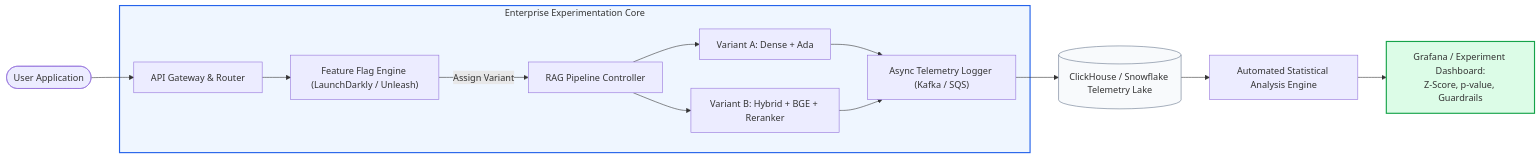
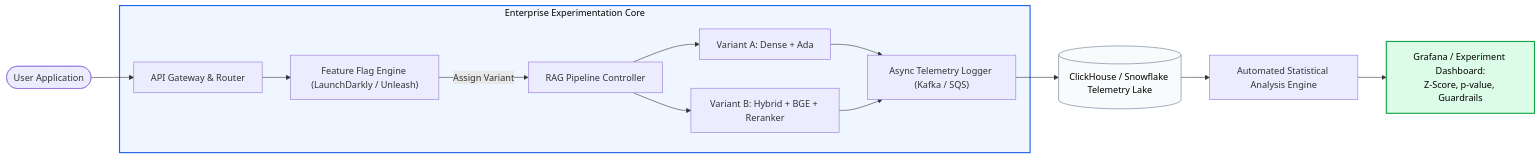
One commit to swapnil3104/RAG-Engineering changed the third of 4 diagrams in 08-RAG-Evaluation-and-Optimization/A-B-Testing.md. Above: the diagram before and after it, drawn with Mermaid. The commit also changed other lines of this file and 108 other files, not shown here.

Commit message:
fix: make chart text visible across all Mermaid diagrams and resolve markdown table formatting issues

````diff
--- a/08-RAG-Evaluation-and-Optimization/A-B-Testing.md
+++ b/08-RAG-Evaluation-and-Optimization/A-B-Testing.md
@@ -166,23 +166,23 @@
 ```mermaid
 flowchart LR
     Client([User Application]) --> Gateway[API Gateway & Router]
 
     subgraph ExperimentationPlatform ["Enterprise Experimentation Core"]
         Gateway --> FlagService["Feature Flag Engine (LaunchDarkly / Unleash)"]
         FlagService -->|Assign Variant| Engine["RAG Pipeline Controller"]
         
         Engine --> PipelineA["Variant A: Dense + Ada"]
         Engine --> PipelineB["Variant B: Hybrid + BGE + Reranker"]
         
         PipelineA --> Logger["Async Telemetry Logger (Kafka / SQS)"]
         PipelineB --> Logger
     end
 
     Logger --> DataLake[("ClickHouse / Snowflake Telemetry Lake")]
     DataLake --> StatWorker["Automated Statistical Analysis Engine"]
     StatWorker --> Dashboard["Grafana / Experiment Dashboard:<br/>Z-Score, p-value, Guardrails"]
 
-    style ExperimentationPlatform fill:#eff6ff,stroke:#2563eb,stroke-width:2px
-    style DataLake fill:#f8fafc,stroke:#64748b
-    style Dashboard fill:#dcfce7,stroke:#16a34a,stroke-width:2px
+    style ExperimentationPlatform fill:#eff6ff,stroke:#2563eb,stroke-width:2px,color:#000000
+    style DataLake fill:#f8fafc,stroke:#64748b,color:#000000
+    style Dashboard fill:#dcfce7,stroke:#16a34a,stroke-width:2px,color:#000000
 ```
````
